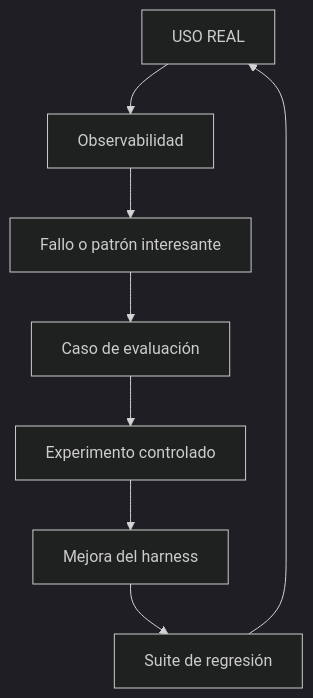
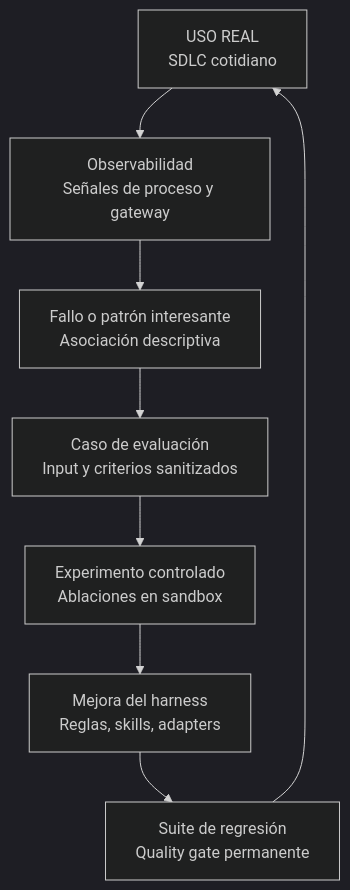
The diagram in docs/es/concepts/observability-vs-evaluation.md (marcosdh1987/harness-engineering-guide), drawn with Mermaid (dark theme) before and after one commit. The commit also changed other lines of this file and 9 other files, not shown here.

````diff
--- a/docs/es/concepts/observability-vs-evaluation.md
+++ b/docs/es/concepts/observability-vs-evaluation.md
@@ -22,10 +22,10 @@
 ```mermaid
 flowchart TB
-    REAL["USO REAL"] --> OBS["Observabilidad"]
-    OBS --> PATTERN["Fallo o patrón interesante"]
-    PATTERN --> CASE["Caso de evaluación"]
-    CASE --> EXP["Experimento controlado"]
-    EXP --> CHANGE["Mejora del harness"]
-    CHANGE --> REG["Suite de regresión"]
+    REAL["USO REAL<br/>SDLC cotidiano"] --> OBS["Observabilidad<br/>Señales de proceso y gateway"]
+    OBS --> PATTERN["Fallo o patrón interesante<br/>Asociación descriptiva"]
+    PATTERN --> CASE["Caso de evaluación<br/>Input y criterios sanitizados"]
+    CASE --> EXP["Experimento controlado<br/>Ablaciones en sandbox"]
+    EXP --> CHANGE["Mejora del harness<br/>Reglas, skills, adapters"]
+    CHANGE --> REG["Suite de regresión<br/>Quality gate permanente"]
     REG --> REAL
 ```
````
